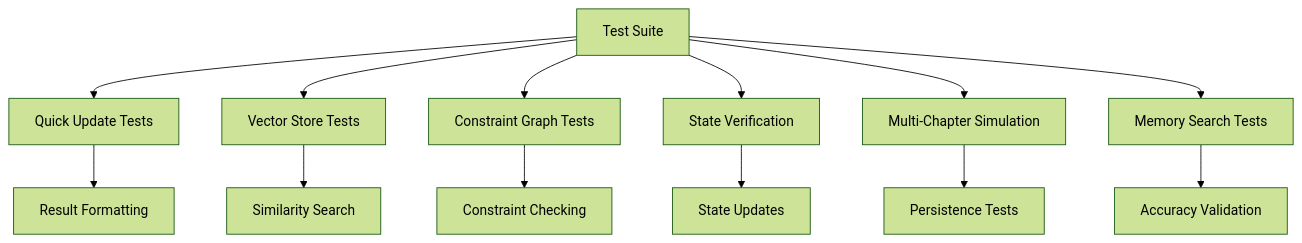
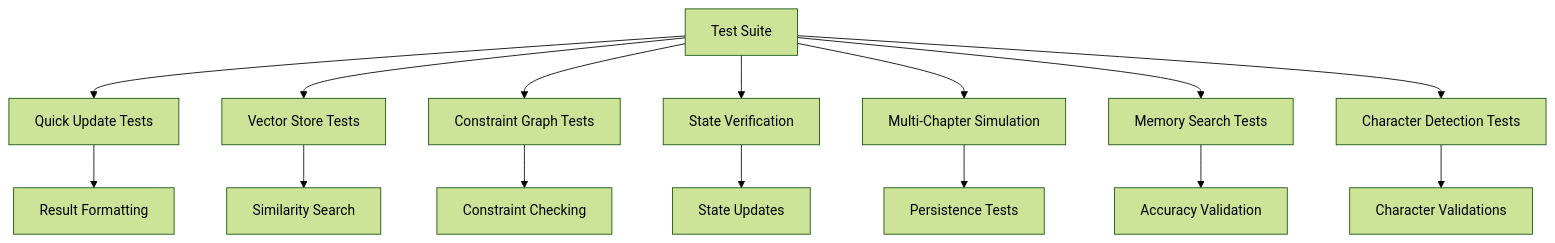
One commit to liwonder/NARRITIVE_OS changed the tenth of 10 diagrams in .qoder/repowiki/en/content/Memory Management System/StateUpdater Pipeline.md. Above: the diagram before and after it, drawn with Mermaid (forest theme). The commit also changed other lines of this file and 15 other files, not shown here.

````diff
--- a/.qoder/repowiki/en/content/Memory Management System/StateUpdater Pipeline.md
+++ b/.qoder/repowiki/en/content/Memory Management System/StateUpdater Pipeline.md
@@ -411,15 +515,17 @@
 ```mermaid
 flowchart TD
 TestSuite[Test Suite] --> QuickUpdate[Quick Update Tests]
 TestSuite --> VectorStore[Vector Store Tests]
 TestSuite --> ConstraintGraph[Constraint Graph Tests]
 TestSuite --> StructuredState[State Verification]
 TestSuite --> MultiChapter[Multi-Chapter Simulation]
 TestSuite --> MemorySearch[Memory Search Tests]
+TestSuite --> CharacterDetection[Character Detection Tests]
 QuickUpdate --> Results[Result Formatting]
 VectorStore --> Search[Similarity Search]
 ConstraintGraph --> Violations[Constraint Checking]
 StructuredState --> Updates[State Updates]
 MultiChapter --> Persistence[Persistence Tests]
 MemorySearch --> Accuracy[Accuracy Validation]
+CharacterDetection --> Validations[Character Validations]
 ```
````
